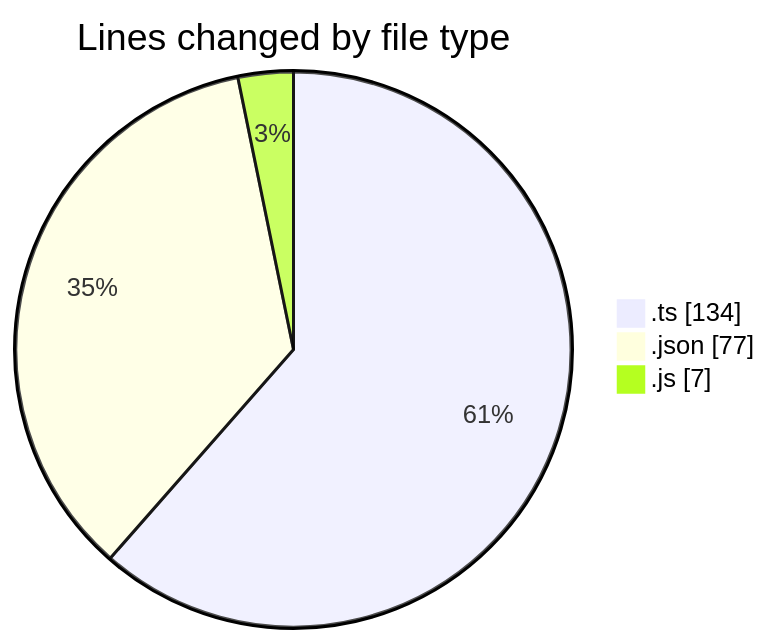
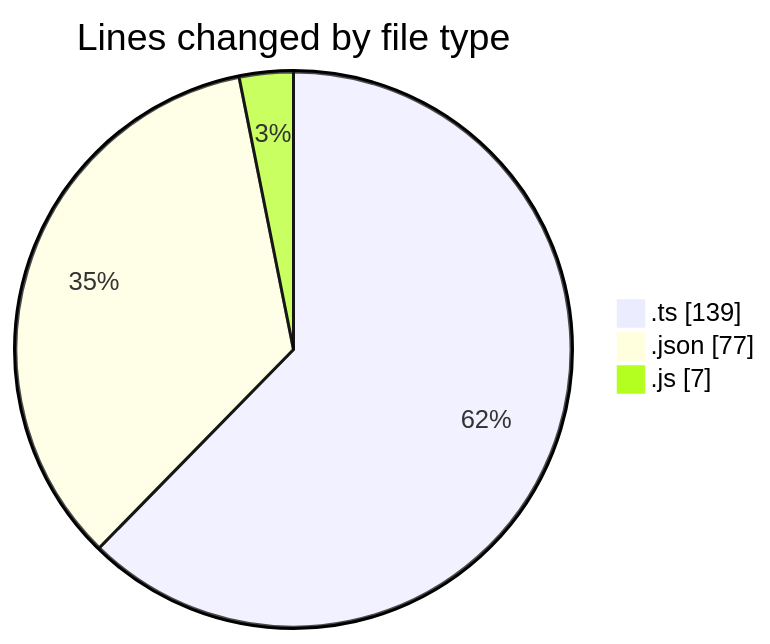
Before and after one commit to igalym/code-tracking: the first of 2 diagrams in 2026-03-02/typescript/README.md, drawn with Mermaid. The commit also changed other lines of this file and 1 other file, not shown here.

````diff
--- a/2026-03-02/typescript/README.md
+++ b/2026-03-02/typescript/README.md
@@ -24,7 +24,7 @@
 ```mermaid
 pie showData
 title Lines changed by file type
-".ts" : 134
+".ts" : 139
 ".json" : 77
 ".js" : 7
 ```
````
